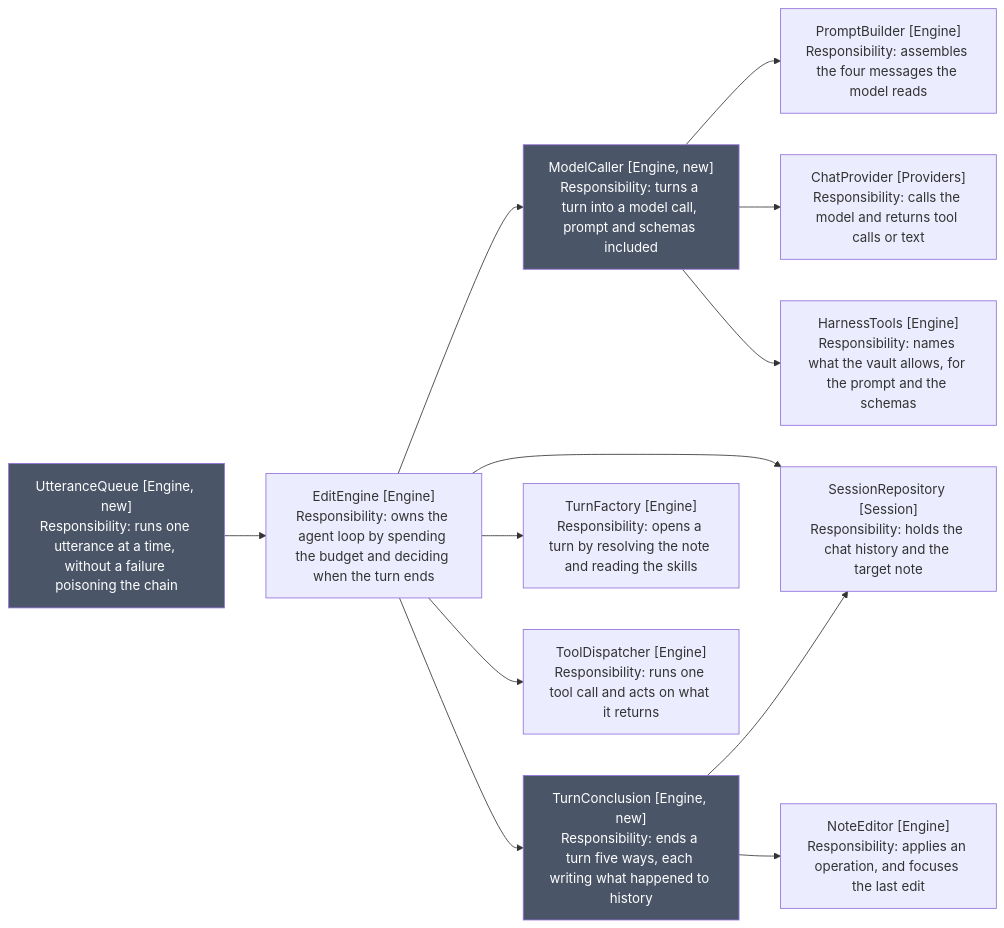
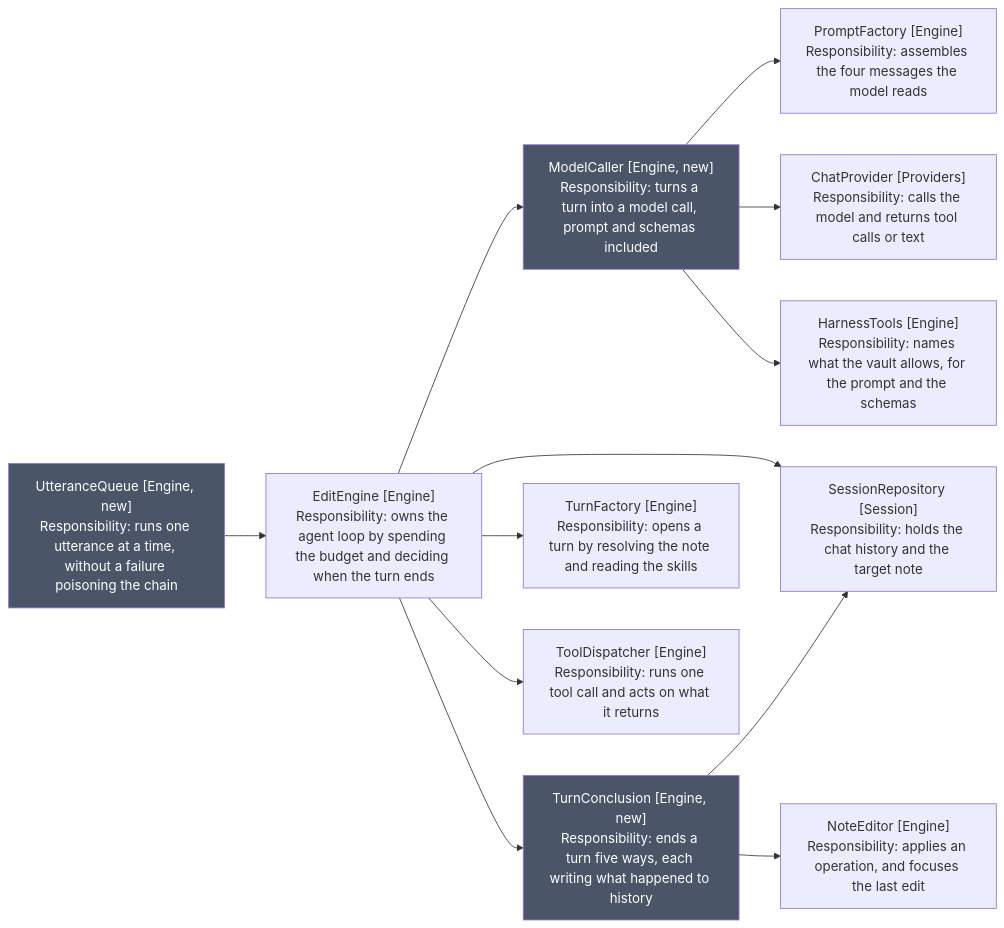
One commit to iparips/obsidian-owl changed the second of 2 diagrams in docs/spec/16-oversized-files/4-edit-engine/3-diagrams.md. Above: the diagram before and after it, drawn with Mermaid. The commit also changed other lines of this file and 26 other files, not shown here.

````diff
--- a/docs/spec/16-oversized-files/4-edit-engine/3-diagrams.md
+++ b/docs/spec/16-oversized-files/4-edit-engine/3-diagrams.md
@@ -35,29 +35,29 @@
 ```mermaid
 flowchart LR
     UtteranceQueue["UtteranceQueue [Engine, new]<br/>Responsibility: runs one utterance at a time, without a failure poisoning the chain"]
     EditEngine["EditEngine [Engine]<br/>Responsibility: owns the agent loop by spending the budget and deciding when the turn ends"]
     ModelCaller["ModelCaller [Engine, new]<br/>Responsibility: turns a turn into a model call, prompt and schemas included"]
     TurnConclusion["TurnConclusion [Engine, new]<br/>Responsibility: ends a turn five ways, each writing what happened to history"]
     TurnFactory["TurnFactory [Engine]<br/>Responsibility: opens a turn by resolving the note and reading the skills"]
     SessionRepository["SessionRepository [Session]<br/>Responsibility: holds the chat history and the target note"]
-    PromptBuilder["PromptBuilder [Engine]<br/>Responsibility: assembles the four messages the model reads"]
+    PromptFactory["PromptFactory [Engine]<br/>Responsibility: assembles the four messages the model reads"]
     ChatProvider["ChatProvider [Providers]<br/>Responsibility: calls the model and returns tool calls or text"]
     HarnessTools["HarnessTools [Engine]<br/>Responsibility: names what the vault allows, for the prompt and the schemas"]
     NoteEditor["NoteEditor [Engine]<br/>Responsibility: applies an operation, and focuses the last edit"]
     ToolDispatcher["ToolDispatcher [Engine]<br/>Responsibility: runs one tool call and acts on what it returns"]
 
     UtteranceQueue --> EditEngine
     EditEngine --> TurnFactory
     EditEngine --> ModelCaller
     EditEngine --> TurnConclusion
     EditEngine --> SessionRepository
     EditEngine --> ToolDispatcher
-    ModelCaller --> PromptBuilder
+    ModelCaller --> PromptFactory
     ModelCaller --> ChatProvider
     ModelCaller --> HarnessTools
     TurnConclusion --> SessionRepository
     TurnConclusion --> NoteEditor
 
     classDef added fill:#4a5568,color:#fff
     class UtteranceQueue,ModelCaller,TurnConclusion added
 ```
````
